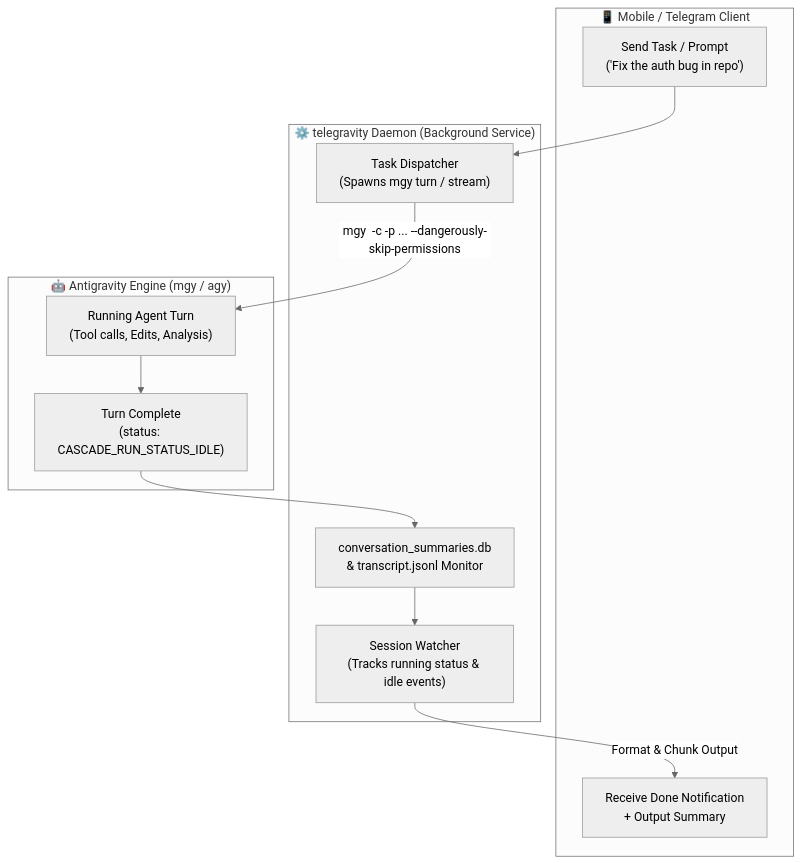
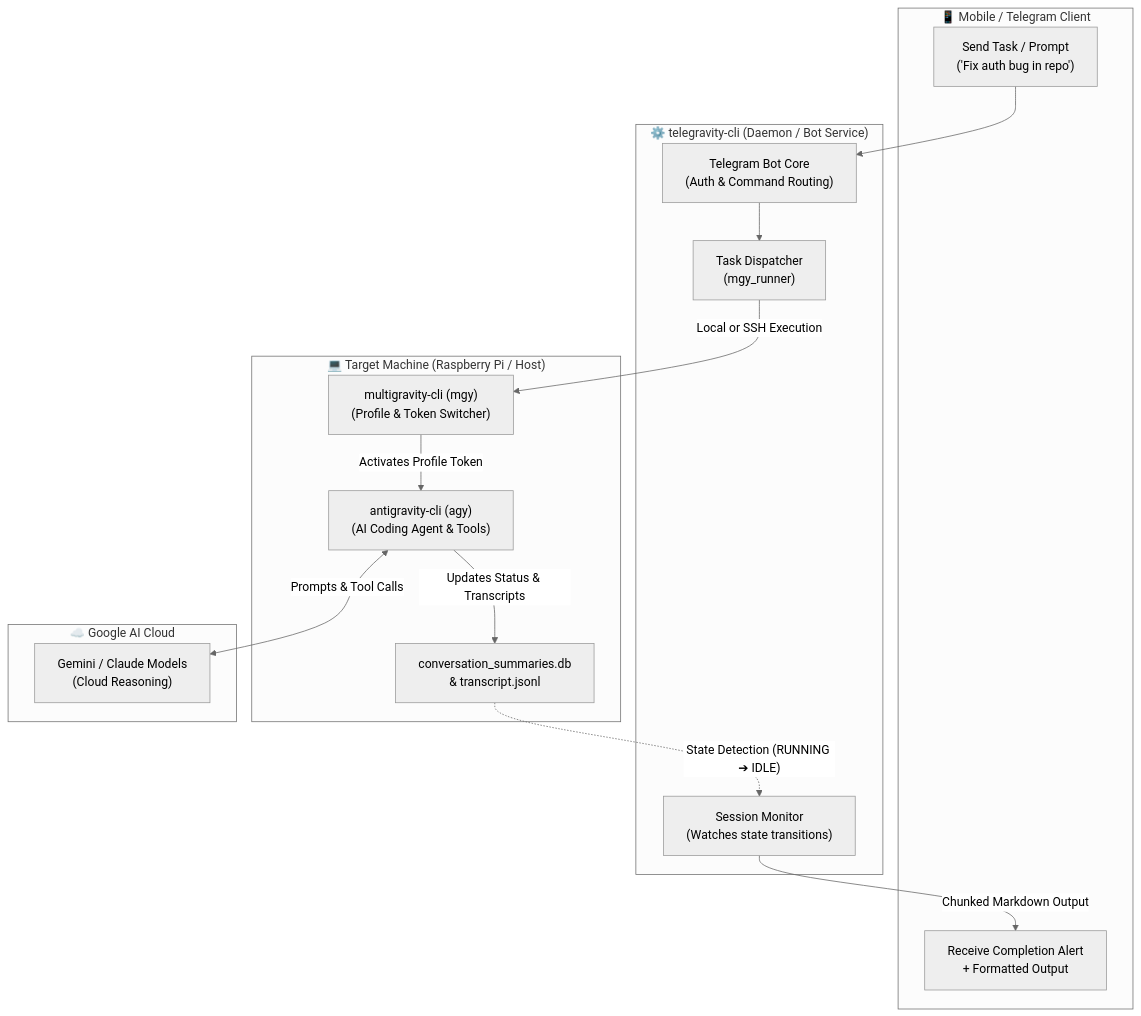
Before and after one commit to wafardev/telegravity-cli: the diagram in README.md, drawn with Mermaid (neutral theme). The commit also changed other lines of this file and 19 other files, not shown here.

Commit message:
Remove vendor submodule in favor of pip git dependency; update architecture diagram

````diff
--- a/README.md
+++ b/README.md
@@ -25,25 +25,32 @@
 ```mermaid
 flowchart TD
-    subgraph Mobile["📱 Mobile / Telegram Client"]
-        Msg["Send Task / Prompt\n('Fix the auth bug in repo')"]
-        Notif["Receive Done Notification\n+ Output Summary"]
+    subgraph Telegram["📱 Mobile / Telegram Client"]
+        Msg["Send Task / Prompt\n('Fix auth bug in repo')"]
+        Notif["Receive Completion Alert\n+ Formatted Output"]
     end
 
-    subgraph Daemon["⚙️ telegravity Daemon (Background Service)"]
-        Dispatcher["Task Dispatcher\n(Spawns mgy turn / stream)"]
-        Observer["Session Watcher\n(Tracks running status & idle events)"]
-        DB["conversation_summaries.db\n& transcript.jsonl Monitor"]
+    subgraph Daemon["⚙️ telegravity-cli (Daemon / Bot Service)"]
+        Bot["Telegram Bot Core\n(Auth & Command Routing)"]
+        Dispatcher["Task Dispatcher\n(mgy_runner)"]
+        Observer["Session Monitor\n(Watches state transitions)"]
     end
 
-    subgraph Engine["🤖 Antigravity Engine (mgy / agy)"]
-        Turn["Running Agent Turn\n(Tool calls, Edits, Analysis)"]
-        Finished["Turn Complete\n(status: CASCADE_RUN_STATUS_IDLE)"]
+    subgraph Host["💻 Target Machine (Raspberry Pi / Host)"]
+        MGY["multigravity-cli (mgy)\n(Profile & Token Switcher)"]
+        AGY["antigravity-cli (agy)\n(AI Coding Agent & Tools)"]
+        DB["conversation_summaries.db\n& transcript.jsonl"]
     end
 
-    Msg --> Dispatcher
-    Dispatcher -->|"mgy <profile> -c -p ... --dangerously-skip-permissions"| Turn
-    Turn --> Finished
-    Finished --> DB
-    DB --> Observer
-    Observer -->|"Format & Chunk Output"| Notif
+    subgraph Cloud["☁️ Google AI Cloud"]
+        Gemini["Gemini / Claude Models\n(Cloud Reasoning)"]
+    end
+
+    Msg --> Bot
+    Bot --> Dispatcher
+    Dispatcher -->|"Local or SSH Execution"| MGY
+    MGY -->|"Activates Profile Token"| AGY
+    AGY <-->|"Prompts & Tool Calls"| Gemini
+    AGY -->|"Updates Status & Transcripts"| DB
+    DB -.->|"State Detection (RUNNING ➔ IDLE)"| Observer
+    Observer -->|"Chunked Markdown Output"| Notif
 ```
````
